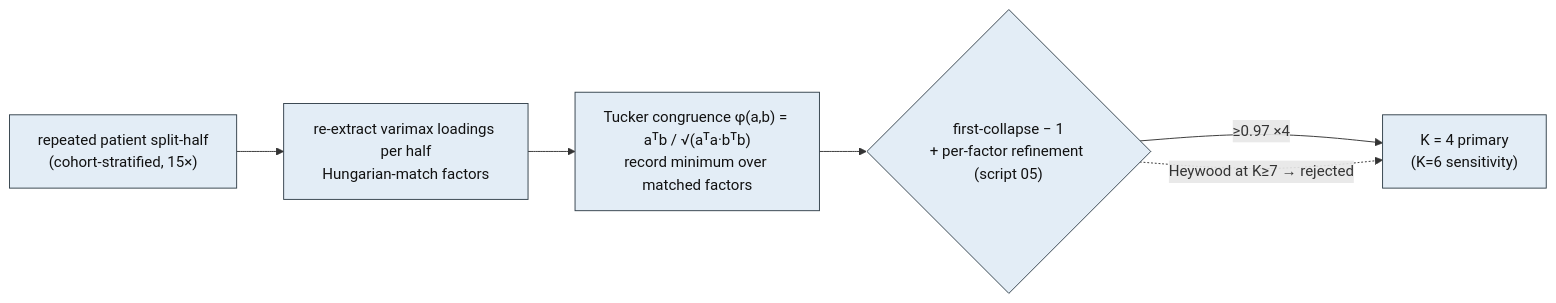
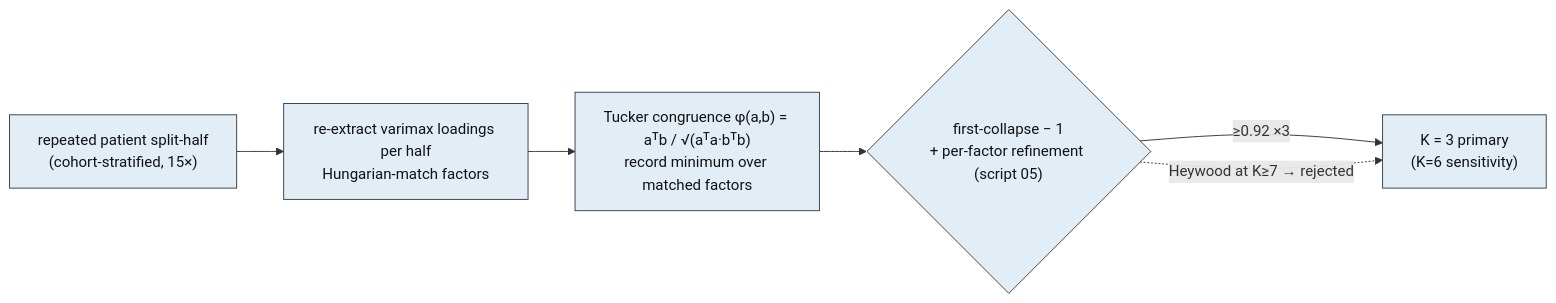
One commit to AndriiKulakovskyi/face-trans-diagnostic-phenotypes changed the seventh of 10 diagrams in docs/PIPELINE.md. Above: the diagram before and after it, drawn with Mermaid. The commit also changed other lines of this file and 24 other files, not shown here.

````diff
--- a/docs/PIPELINE.md
+++ b/docs/PIPELINE.md
@@ -214,10 +214,10 @@
 ```mermaid
 flowchart LR
     classDef model fill:#E3EDF6,stroke:#33414b,color:#111
     SP["repeated patient split-half<br/>(cohort-stratified, 15×)"]:::model
     SP --> LL["re-extract varimax loadings per half<br/>Hungarian-match factors"]:::model
     LL --> TC["Tucker congruence φ(a,b) = aᵀb / √(aᵀa·bᵀb)<br/>record minimum over matched factors"]:::model
     TC --> KK{"first-collapse − 1<br/>+ per-factor refinement (script 05)"}:::model
-    KK -->|"≥0.97 ×4"| K4["K = 4 primary<br/>(K=6 sensitivity)"]:::model
+    KK -->|"≥0.92 ×3"| K4["K = 3 primary<br/>(K=6 sensitivity)"]:::model
     KK -.->|"Heywood at K≥7 → rejected"| K4
 ```
````
